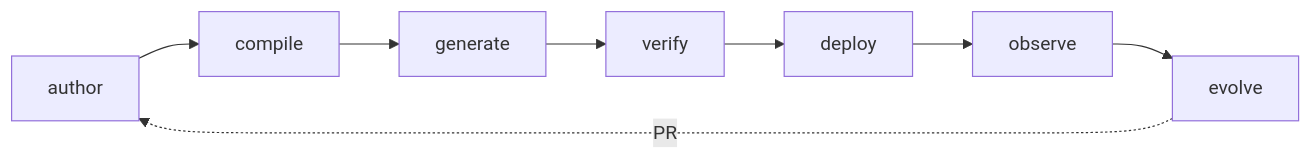
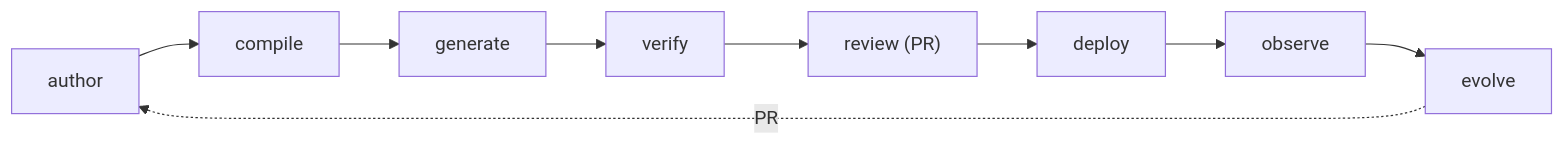
One commit to shivanandiyer/project-specforge changed the second of 3 diagrams in docs/architecture/overview.md. Above: the diagram before and after it, drawn with Mermaid. The commit also changed other lines of this file and 8 other files, not shown here.

First line of the commit message:
feat: adopt architecture review P0 changes (ADR-0008, ADR-0009, egress policy)

````diff
--- a/docs/architecture/overview.md
+++ b/docs/architecture/overview.md
@@ -61,5 +61,5 @@
 ```mermaid
 flowchart LR
-    A[author] --> C[compile] --> G[generate] --> V[verify] --> D[deploy] --> O[observe] --> E[evolve]
+    A[author] --> C[compile] --> G[generate] --> V[verify] --> R["review (PR)"] --> D[deploy] --> O[observe] --> E[evolve]
     E -.->|PR| A
 ```
````
